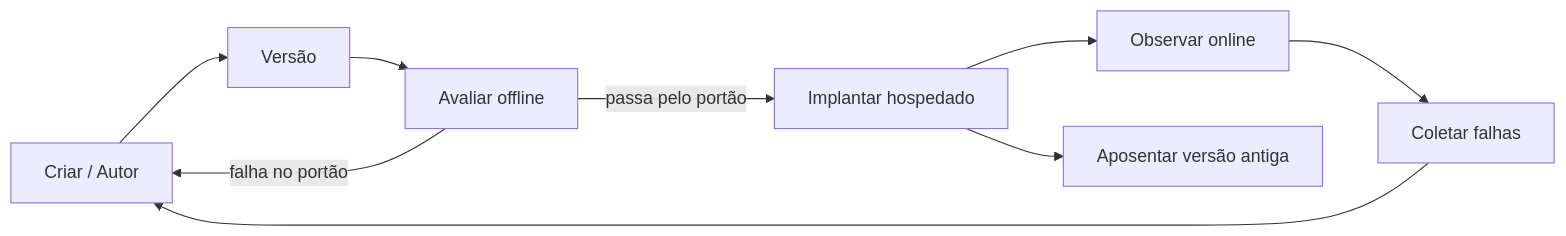
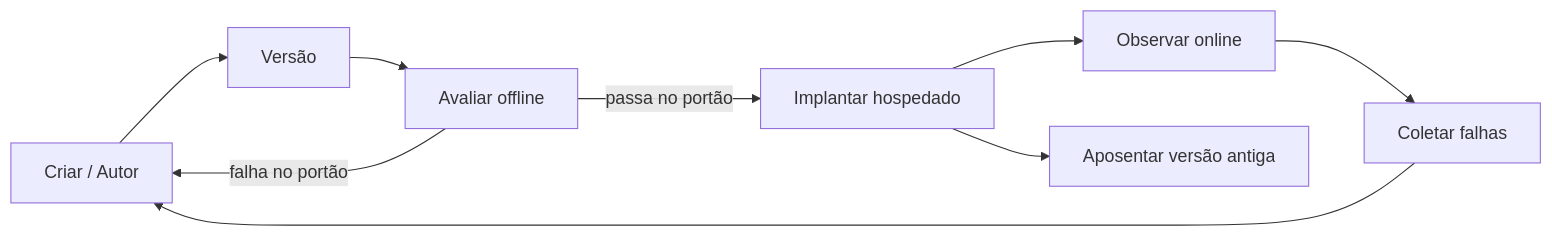
Before and after one commit to gabrielmoreira/agent-skills-mirror: the second of 4 diagrams in mirrors/repos/microsoft@ai-agents-for-beginners/translations/pt-BR/16-deploying-scalable-agents/README.md, drawn with Mermaid. The commit also changed other lines of this file and 3581 other files, not shown here.

````diff
--- a/mirrors/repos/microsoft@ai-agents-for-beginners/translations/pt-BR/16-deploying-scalable-agents/README.md
+++ b/mirrors/repos/microsoft@ai-agents-for-beginners/translations/pt-BR/16-deploying-scalable-agents/README.md
@@ -108,11 +108,11 @@
 ```mermaid
 flowchart LR
     Create[Criar / Autor] --> Version[Versão]
     Version --> Evaluate[Avaliar offline]
-    Evaluate -->|passa pelo portão| Deploy[Implantar hospedado]
+    Evaluate -->|passa no portão| Deploy[Implantar hospedado]
     Evaluate -->|falha no portão| Create
     Deploy --> Observe[Observar online]
     Observe --> Improve[Coletar falhas]
     Improve --> Create
     Deploy --> Retire[Aposentar versão antiga]
 ```
````
